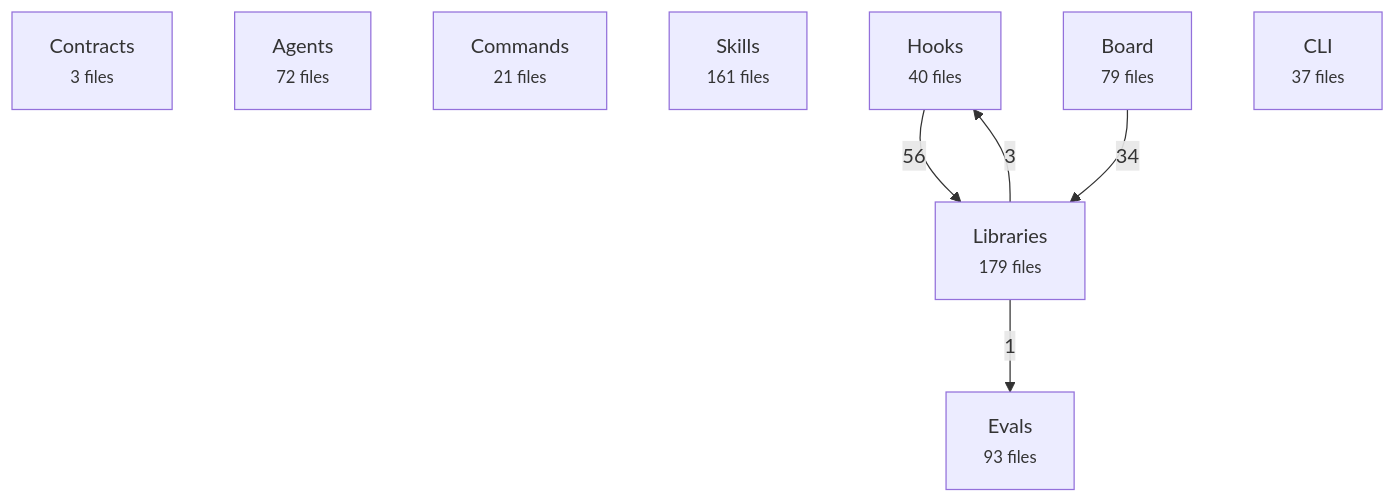
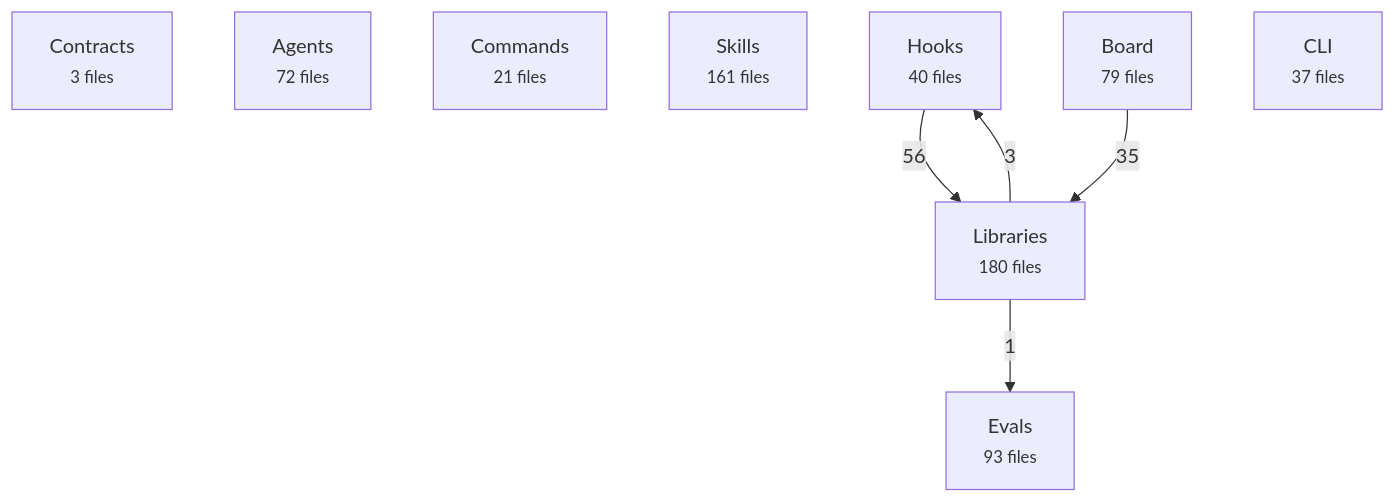
One commit to avelikiy/great_cto changed the first of 2 diagrams in docs/reference/architecture-map.md. Above: the diagram before and after it, drawn with Mermaid. The commit also changed other lines of this file and 8 other files, not shown here.

````diff
--- a/docs/reference/architecture-map.md
+++ b/docs/reference/architecture-map.md
@@ -20,16 +20,16 @@
 ```mermaid
 flowchart TD
   contracts["Contracts<br/><small>3 files</small>"]
   agents["Agents<br/><small>72 files</small>"]
   commands["Commands<br/><small>21 files</small>"]
   skills["Skills<br/><small>161 files</small>"]
   hooks["Hooks<br/><small>40 files</small>"]
-  libs["Libraries<br/><small>179 files</small>"]
+  libs["Libraries<br/><small>180 files</small>"]
   board["Board<br/><small>79 files</small>"]
   cli["CLI<br/><small>37 files</small>"]
   evals["Evals<br/><small>93 files</small>"]
   hooks -->|56| libs
-  board -->|34| libs
+  board -->|35| libs
   libs -->|3| hooks
   libs -->|1| evals
 ```
````
